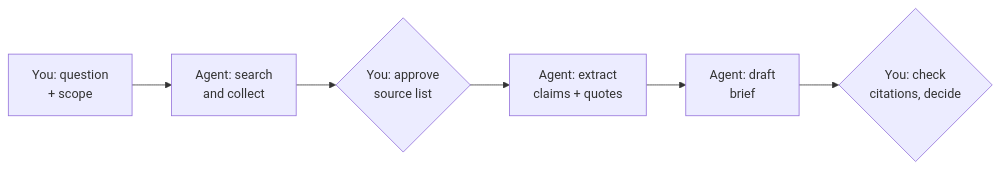
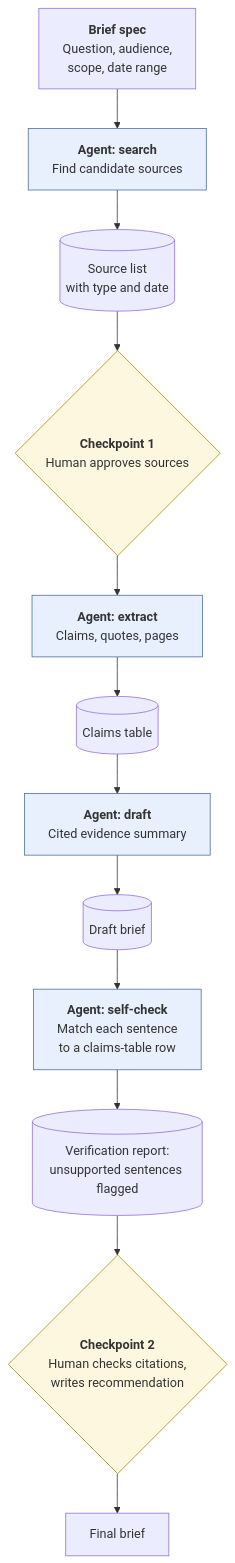
One commit to clarkngo/applied-ai-field-guide changed the first of 2 diagrams in docs/workflows/research-to-brief-pipeline.md. Above: the diagram before and after it, drawn with Mermaid. The commit also changed other lines of this file and 4 other files, not shown here.

````diff
--- a/docs/workflows/research-to-brief-pipeline.md
+++ b/docs/workflows/research-to-brief-pipeline.md
@@ -34,5 +35,18 @@
 ```mermaid
-flowchart LR
-  Q["You: question<br/>+ scope"] --> S["Agent: search<br/>and collect"] --> C1{"You: approve<br/>source list"}
-  C1 --> E["Agent: extract<br/>claims + quotes"] --> D["Agent: draft<br/>brief"] --> C2{"You: check<br/>citations, decide"}
+flowchart TB
+  Q["<b>Brief spec</b><br/>Question, audience,<br/>scope, date range"] --> S["<b>Agent: search</b><br/>Find candidate sources"]
+  S --> A1[("Source list<br/>with type and date")]
+  A1 --> H1{"<b>Checkpoint 1</b><br/>Human approves sources"}
+  H1 --> E["<b>Agent: extract</b><br/>Claims, quotes, pages"]
+  E --> A2[("Claims table")]
+  A2 --> D["<b>Agent: draft</b><br/>Cited evidence summary"]
+  D --> A3[("Draft brief")]
+  A3 --> V["<b>Agent: self-check</b><br/>Match each sentence<br/>to a claims-table row"]
+  V --> A4[("Verification report:<br/>unsupported sentences flagged")]
+  A4 --> H2{"<b>Checkpoint 2</b><br/>Human checks citations,<br/>writes recommendation"}
+  H2 --> B["Final brief"]
+  classDef human fill:#fef7e0,stroke:#b08900;
+  classDef agent fill:#e8f0fe,stroke:#4a6fa5;
+  class H1,H2 human;
+  class S,E,D,V agent;
 ```
````
